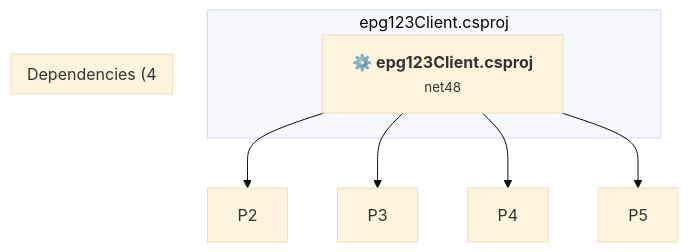
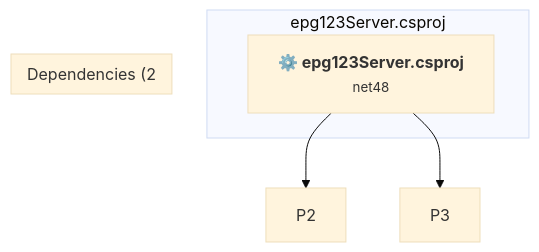
The second of 2 diagrams in .github/upgrades/scenarios/dotnet-version-upgrade/assessment.md (Kev506/epg123), drawn with Mermaid (base theme) before and after one commit. The commit also changed other lines of this file and 20 other files, not shown here.

Commit message:
upgrade: upgrade tokenServer to .NET 10

````diff
--- a/.github/upgrades/scenarios/dotnet-version-upgrade/assessment.md
+++ b/.github/upgrades/scenarios/dotnet-version-upgrade/assessment.md
@@ -188,14 +145,12 @@
 ```mermaid
 flowchart TB
-    subgraph current["epg123Client.csproj"]
-        MAIN["<b>⚙️&nbsp;epg123Client.csproj</b><br/><small>net48</small>"]
-        click MAIN "#epg123clientcsproj"
+    subgraph current["epg123Server.csproj"]
+        MAIN["<b>⚙️&nbsp;epg123Server.csproj</b><br/><small>net48</small>"]
+        click MAIN "#epg123servercsproj"
     end
-    subgraph downstream["Dependencies (4"]
+    subgraph downstream["Dependencies (2"]
     end
     MAIN --> P2
     MAIN --> P3
-    MAIN --> P4
-    MAIN --> P5
 
 ```
````
